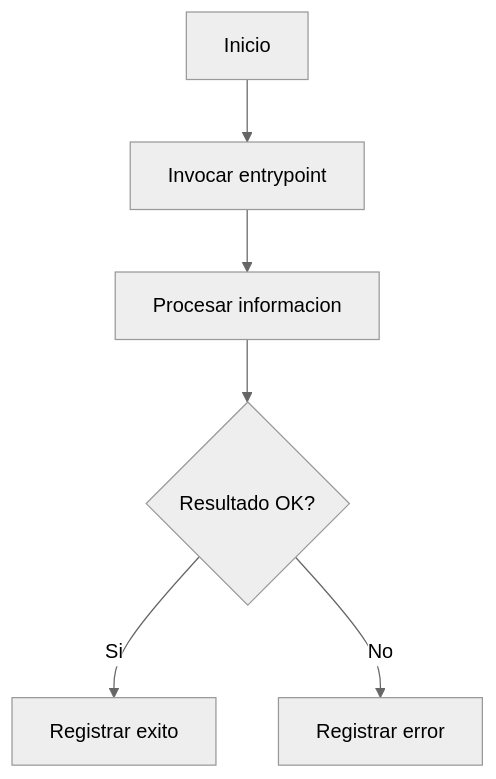
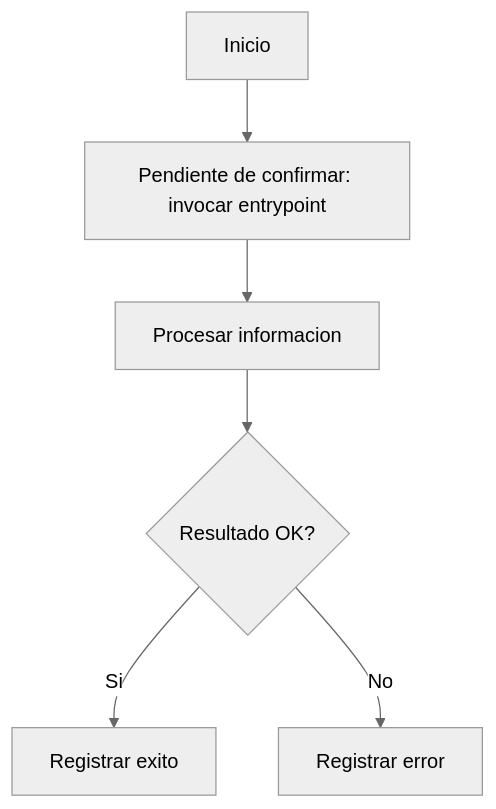
One commit to le03nava/leo3nava_ai changed the first of 4 diagrams in skills/sdd-operational-doc/assets/operational-document-template.md. Above: the diagram before and after it, drawn with Mermaid (neutral theme). The commit also changed other lines of this file and 36 other files, not shown here.

````diff
--- a/skills/sdd-operational-doc/assets/operational-document-template.md
+++ b/skills/sdd-operational-doc/assets/operational-document-template.md
@@ -63,8 +63,8 @@
 ```mermaid
 flowchart TD
-    A[Inicio] --> B[Invocar entrypoint]
+    A[Inicio] --> B[Pendiente de confirmar: invocar entrypoint]
     B --> C[Procesar informacion]
     C --> D{Resultado OK?}
     D -- Si --> E[Registrar exito]
     D -- No --> F[Registrar error]
 ```
````
